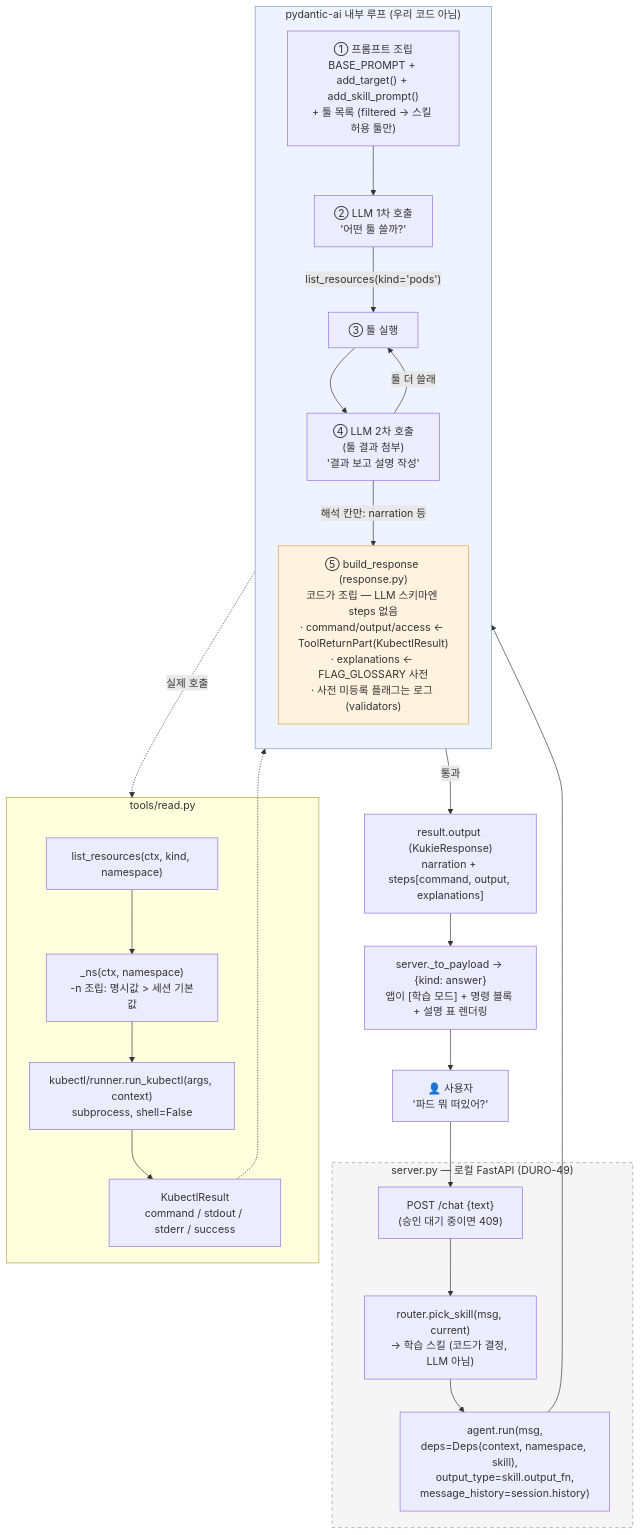
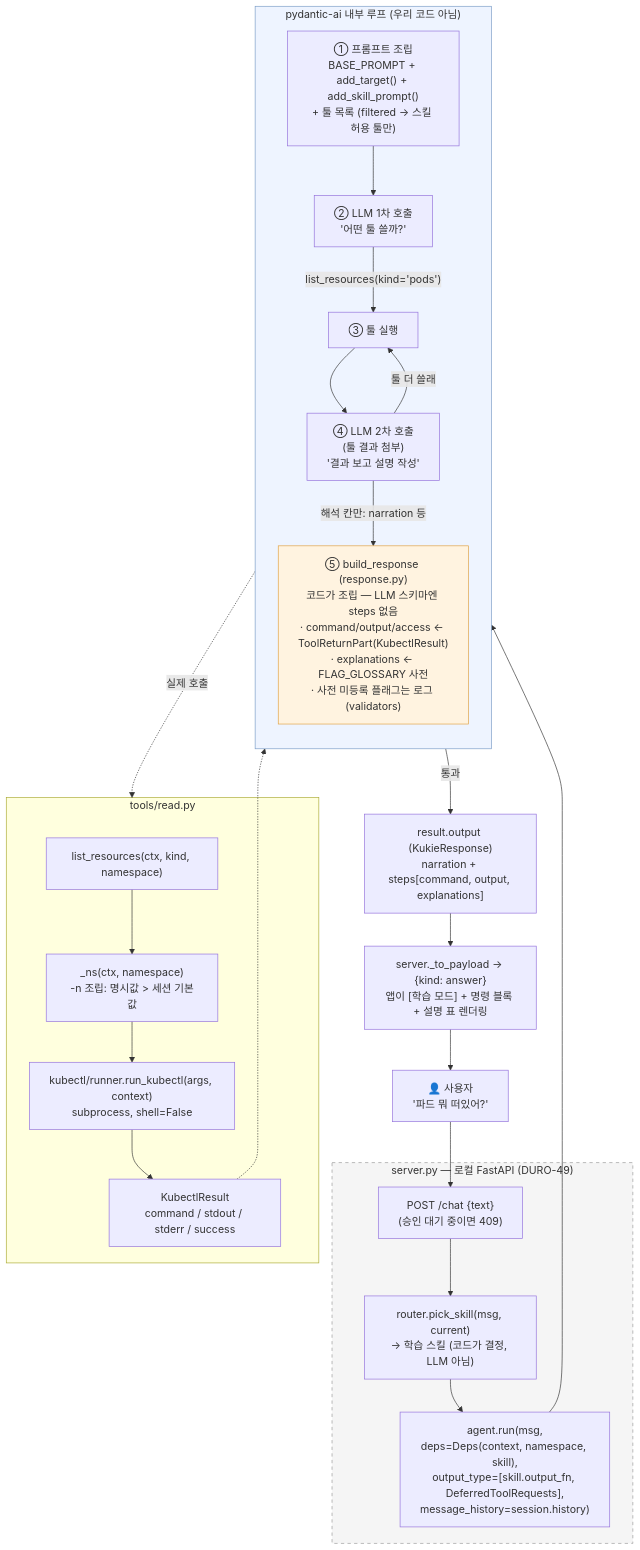
The first of 3 diagrams in docs/agent-flow.md (durokukie/agent), drawn with Mermaid before and after one commit. The commit also changed 2 other files, not shown here.

Commit message:
fix: resume multi-approval batches once

````diff
--- a/docs/agent-flow.md
+++ b/docs/agent-flow.md
@@ -8,40 +8,40 @@
 ```mermaid
 flowchart TD
     U["👤 사용자<br/>'파드 뭐 떠있어?'"] --> CLI
 
     subgraph CLI_["server.py — 로컬 FastAPI (DURO-49)"]
         CLI["POST /chat {text}<br/>(승인 대기 중이면 409)"]
         CLI --> R["router.pick_skill(msg, current)<br/>→ 학습 스킬 (코드가 결정, LLM 아님)"]
-        R --> RUN["agent.run(msg,<br/>deps=Deps(context, namespace, skill),<br/>output_type=skill.output_fn,<br/>message_history=session.history)"]
+        R --> RUN["agent.run(msg,<br/>deps=Deps(context, namespace, skill),<br/>output_type=[skill.output_fn, DeferredToolRequests],<br/>message_history=session.history)"]
     end
 
     RUN --> PA
 
     subgraph PA["pydantic-ai 내부 루프 (우리 코드 아님)"]
         direction TB
         P1["① 프롬프트 조립<br/>BASE_PROMPT + add_target() + add_skill_prompt()<br/>+ 툴 목록 (filtered → 스킬 허용 툴만)"]
         P1 --> L1["② LLM 1차 호출<br/>'어떤 툴 쓸까?'"]
         L1 -->|"list_resources(kind='pods')"| T
         T["③ 툴 실행"] --> L2["④ LLM 2차 호출<br/>(툴 결과 첨부)<br/>'결과 보고 설명 작성'"]
         L2 -->|"툴 더 쓸래"| T
         L2 -->|"해석 칸만: narration 등"| V["⑤ build_response (response.py)<br/>코드가 조립 — LLM 스키마엔 steps 없음<br/>· command/output/access ← ToolReturnPart(KubectlResult)<br/>· explanations ← FLAG_GLOSSARY 사전<br/>· 사전 미등록 플래그는 로그 (validators)"]
     end
 
     T -.->|"실제 호출"| RT
 
     subgraph RT["tools/read.py"]
         RT1["list_resources(ctx, kind, namespace)"]
         RT1 --> NS["_ns(ctx, namespace)<br/>-n 조립: 명시값 > 세션 기본값"]
         NS --> RK["kubectl/runner.run_kubectl(args, context)<br/>subprocess, shell=False"]
         RK --> KR["KubectlResult<br/>command / stdout / stderr / success"]
     end
 
     KR -.-> T
     V -->|"통과"| OUT["result.output (KukieResponse)<br/>narration + steps[command, output, explanations]"]
     OUT --> CLI2["server._to_payload → {kind: answer}<br/>앱이 [학습 모드] + 명령 블록 + 설명 표 렌더링"]
     CLI2 --> U
 
     style CLI_ fill:#f5f5f5,stroke:#999,stroke-dasharray: 5 5
     style PA fill:#eef4ff,stroke:#7a9cc6
     style V fill:#fff3e0,stroke:#e0a040
 ```
````
